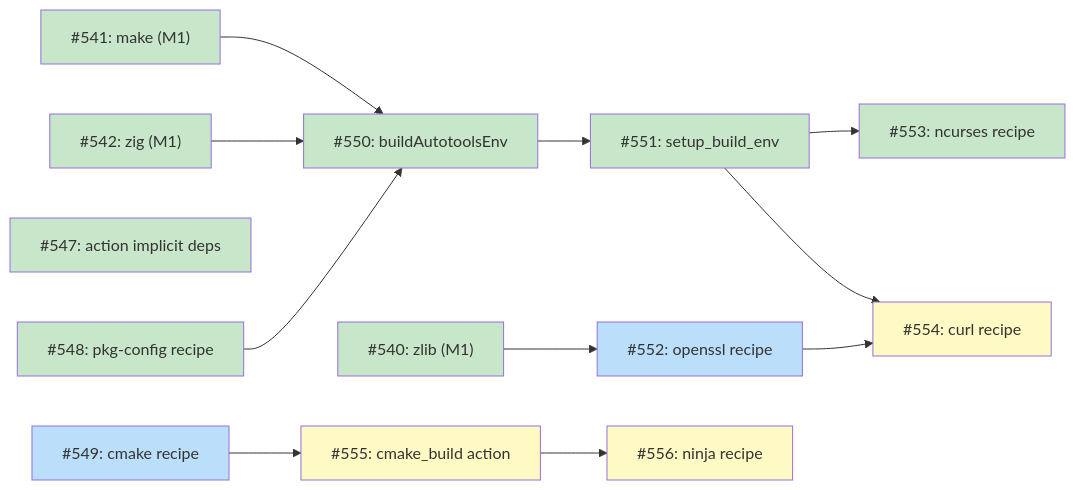
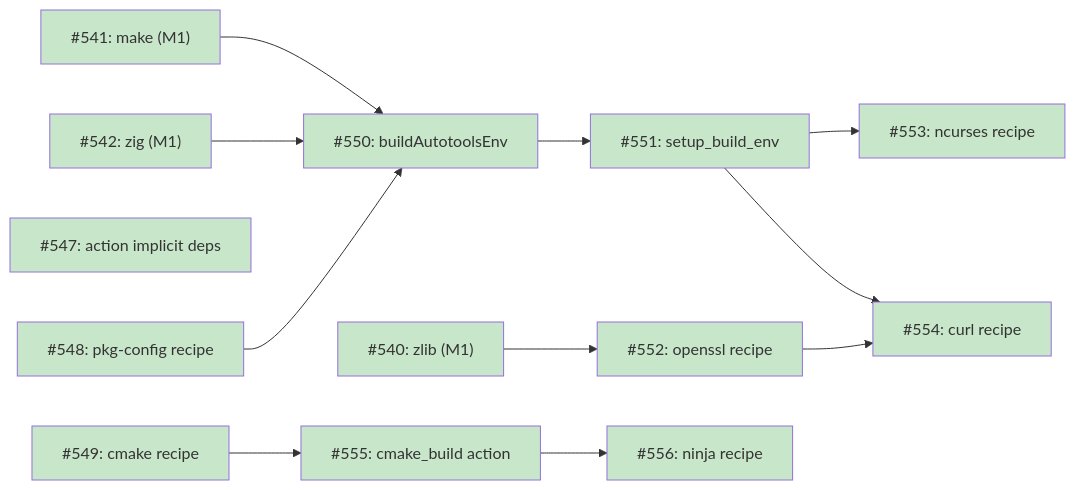
One commit to tsukumogami/tsuku changed the second of 4 diagrams in docs/DESIGN-dependency-provisioning.md. Above: the diagram before and after it, drawn with Mermaid. The commit also changed other lines of this file and 10 other files, not shown here.

````diff
--- a/docs/DESIGN-dependency-provisioning.md
+++ b/docs/DESIGN-dependency-provisioning.md
@@ -62,36 +62,34 @@
 ```mermaid
 graph LR
     I540["#540: zlib (M1)"]
     I541["#541: make (M1)"]
     I542["#542: zig (M1)"]
     I547["#547: action implicit deps"]
     I548["#548: pkg-config recipe"]
     I549["#549: cmake recipe"]
     I550["#550: buildAutotoolsEnv"]
     I551["#551: setup_build_env"]
     I552["#552: openssl recipe"]
     I553["#553: ncurses recipe"]
     I554["#554: curl recipe"]
     I555["#555: cmake_build action"]
     I556["#556: ninja recipe"]
 
     I541 --> I550
     I542 --> I550
     I548 --> I550
     I550 --> I551
     I540 --> I552
     I551 --> I553
     I551 --> I554
     I552 --> I554
     I549 --> I555
     I555 --> I556
 
     classDef done fill:#c8e6c9
     classDef ready fill:#bbdefb
     classDef blocked fill:#fff9c4
     classDef external fill:#e0e0e0
 
-    class I540,I541,I542,I547,I548,I550,I551,I553 done
-    class I549,I552 ready
-    class I554,I555,I556 blocked
+    class I540,I541,I542,I547,I548,I549,I550,I551,I552,I553,I554,I555,I556 done
 ```
````
